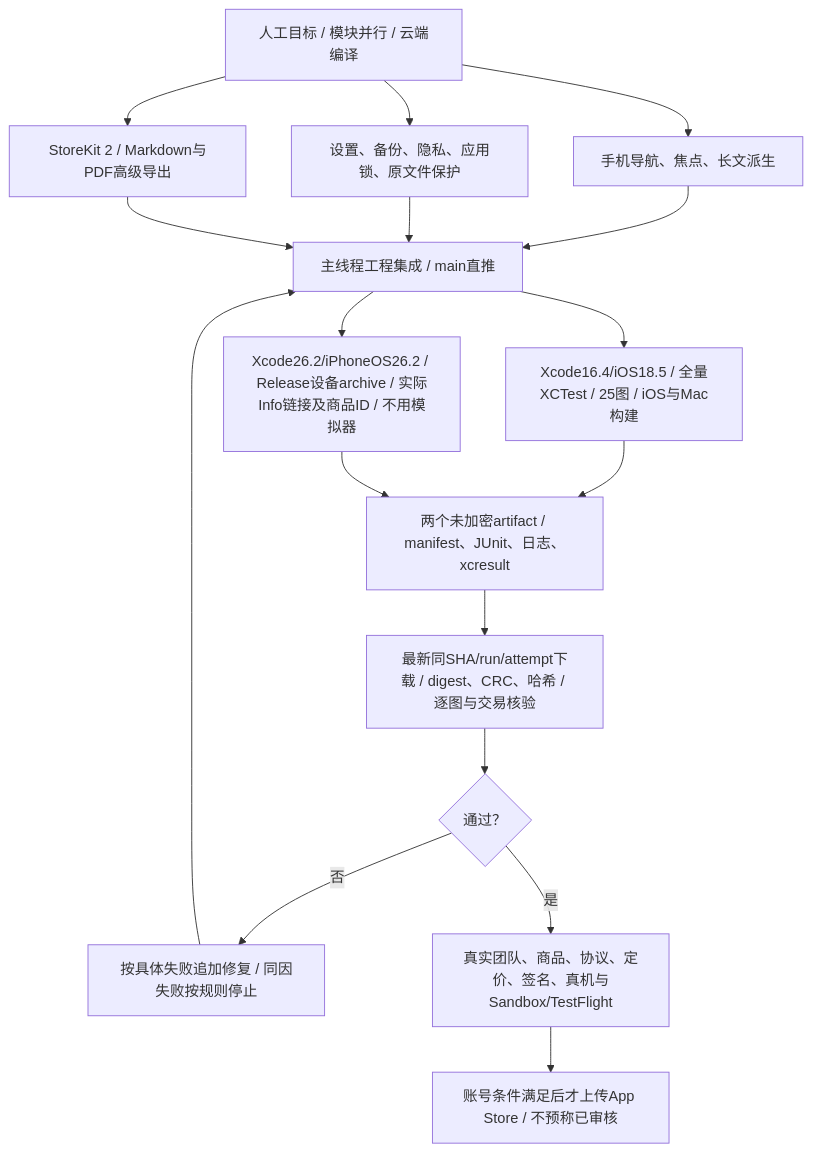
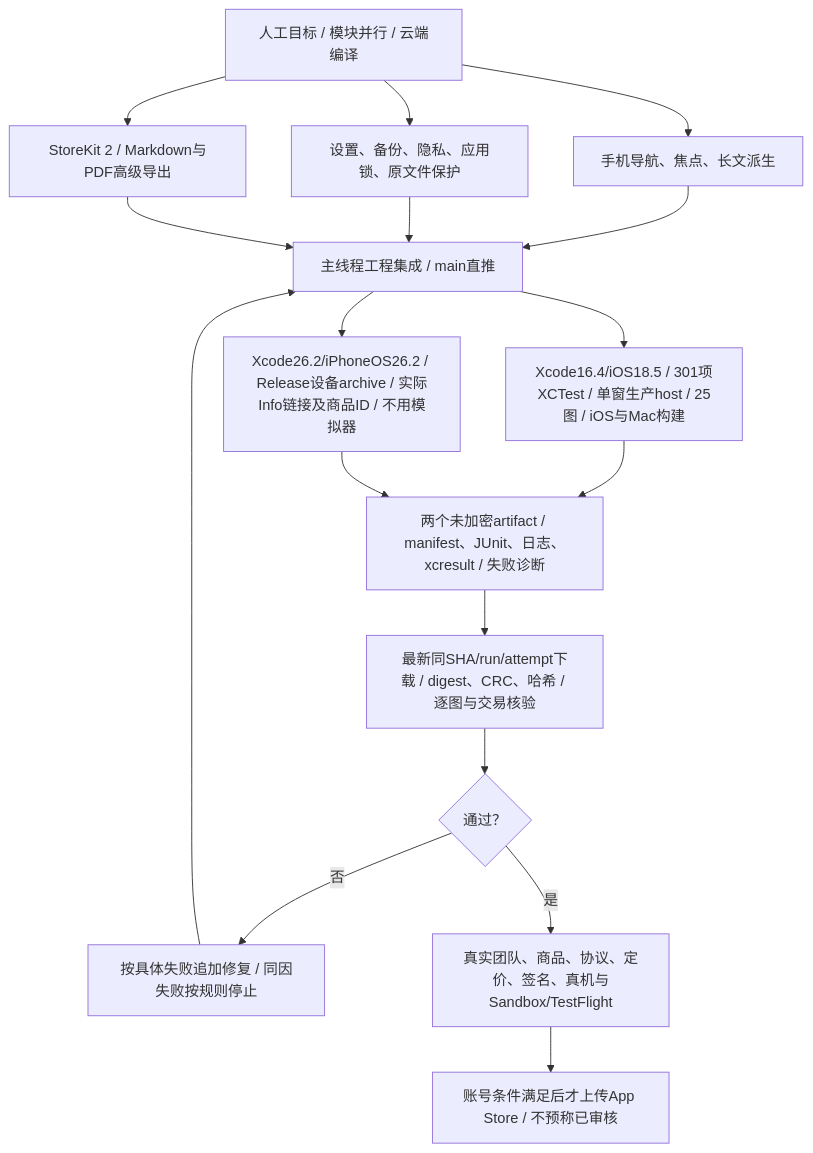
One commit to Altman-sam114/117 changed the fourth of 4 diagrams in md/flow/flowchart.md. Above: the diagram before and after it, drawn with Mermaid. The commit also changed 7 other files, not shown here.

````diff
--- a/md/flow/flowchart.md
+++ b/md/flow/flowchart.md
@@ -65,19 +65,19 @@
 ```mermaid
 flowchart TD
   User["人工目标 / 模块并行 / 云端编译"] --> Mobile["手机导航、焦点、长文派生"]
   User --> Safety["设置、备份、隐私、应用锁、原文件保护"]
   User --> Pro["StoreKit 2 / Markdown与PDF高级导出"]
   Mobile --> Integrate["主线程工程集成 / main直推"]
   Safety --> Integrate
   Pro --> Integrate
-  Integrate --> Regression["Xcode16.4/iOS18.5 / 全量XCTest / 25图 / iOS与Mac构建"]
+  Integrate --> Regression["Xcode16.4/iOS18.5 / 301项XCTest / 单窗生产host / 25图 / iOS与Mac构建"]
   Integrate --> Archive["Xcode26.2/iPhoneOS26.2 / Release设备archive / 实际Info链接及商品ID / 不用模拟器"]
-  Regression --> Results["两个未加密artifact / manifest、JUnit、日志、xcresult"]
+  Regression --> Results["两个未加密artifact / manifest、JUnit、日志、xcresult / 失败诊断"]
   Archive --> Results
   Results --> Review["最新同SHA/run/attempt下载 / digest、CRC、哈希 / 逐图与交易核验"]
   Review --> Gate{"通过？"}
   Gate -- "否" --> Fix["按具体失败追加修复 / 同因失败按规则停止"]
   Fix --> Integrate
   Gate -- "是" --> Account["真实团队、商品、协议、定价、签名、真机与Sandbox/TestFlight"]
   Account --> Upload["账号条件满足后才上传App Store / 不预称已审核"]
 ```
````
